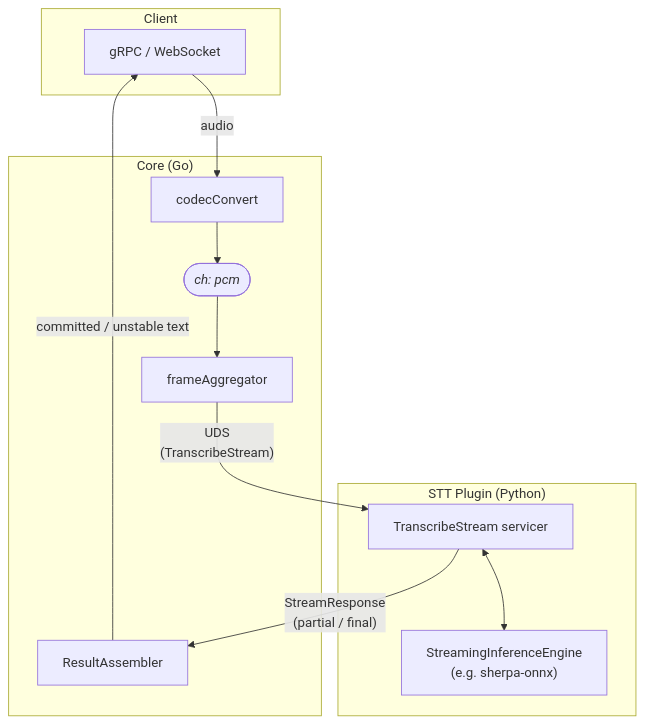
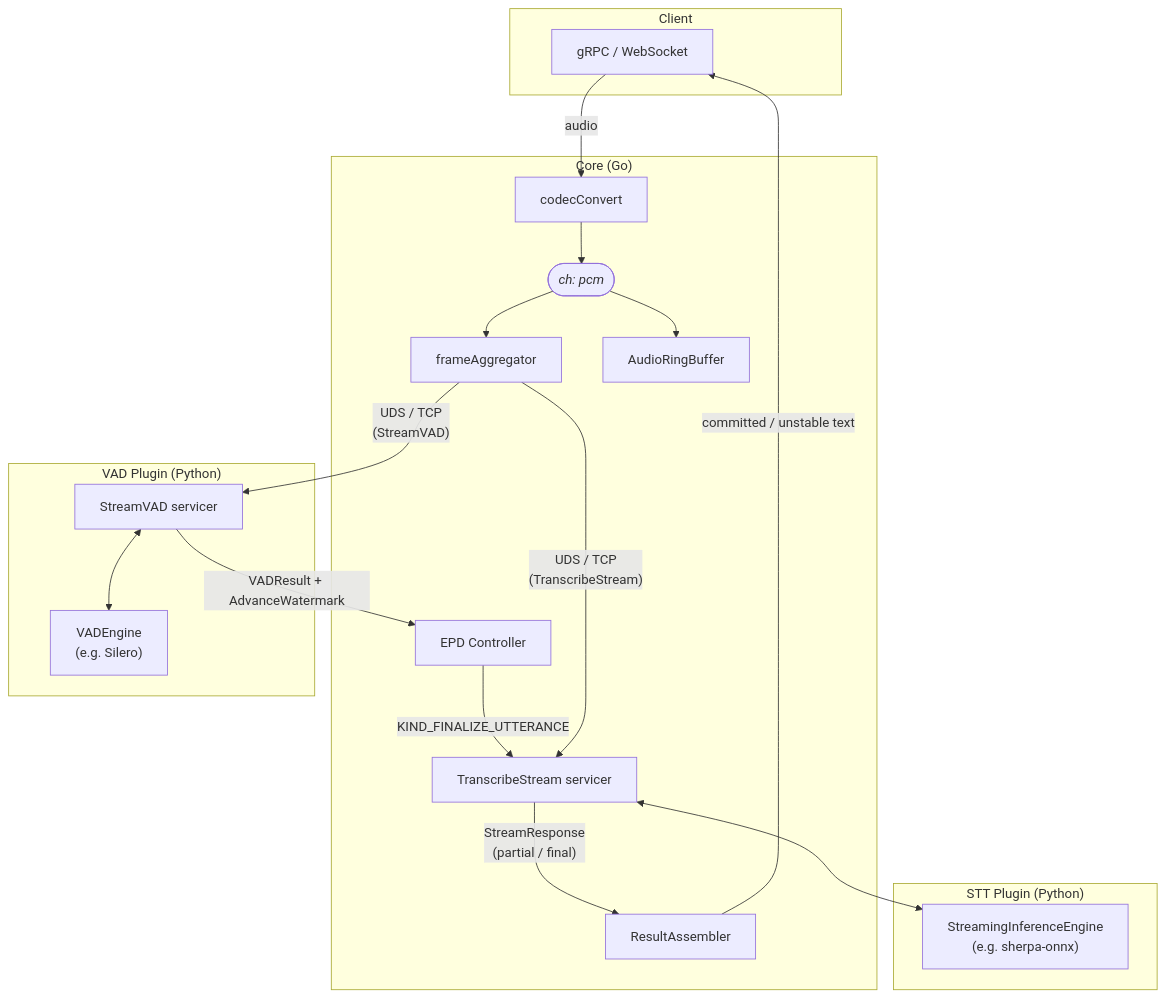
Before and after one commit to speechmux/speechmux: the second of 2 diagrams in README.md, drawn with Mermaid. The commit also changed other lines of this file, not shown here.

````diff
--- a/README.md
+++ b/README.md
@@ -43,21 +43,29 @@
 ```mermaid
 flowchart TD
     subgraph Client
         transport["gRPC / WebSocket"]
     end
 
     subgraph Core ["Core (Go)"]
         codecConvert["codecConvert"] --> pcmCh(["<i>ch: pcm</i>"])
         pcmCh --> frameAggregator["frameAggregator"]
+        pcmCh --> ARB["AudioRingBuffer"]
+        EPDC["EPD Controller"] -->|"KIND_FINALIZE_UTTERANCE"| STTServicer
         RA["ResultAssembler"]
+    end
+
+    subgraph VADPlugin ["VAD Plugin (Python)"]
+        VADServicer["StreamVAD servicer"] <--> VADEngine["VADEngine</br>(e.g. Silero)"]
     end
 
     subgraph STTPlugin ["STT Plugin (Python)"]
         STTServicer["TranscribeStream servicer"] <--> StreamingEngine["StreamingInferenceEngine</br>(e.g. sherpa-onnx)"]
     end
 
     transport -->|"audio"| codecConvert
-    frameAggregator -->|"UDS</br>(TranscribeStream)"| STTServicer
+    frameAggregator -->|"UDS / TCP</br>(TranscribeStream)"| STTServicer
+    frameAggregator -->|"UDS / TCP</br>(StreamVAD)"| VADServicer
+    VADServicer -->|"VADResult + AdvanceWatermark"| EPDC
     STTServicer -->|"StreamResponse</br>(partial / final)"| RA
     RA -->|"committed / unstable text"| transport
 ```
````
